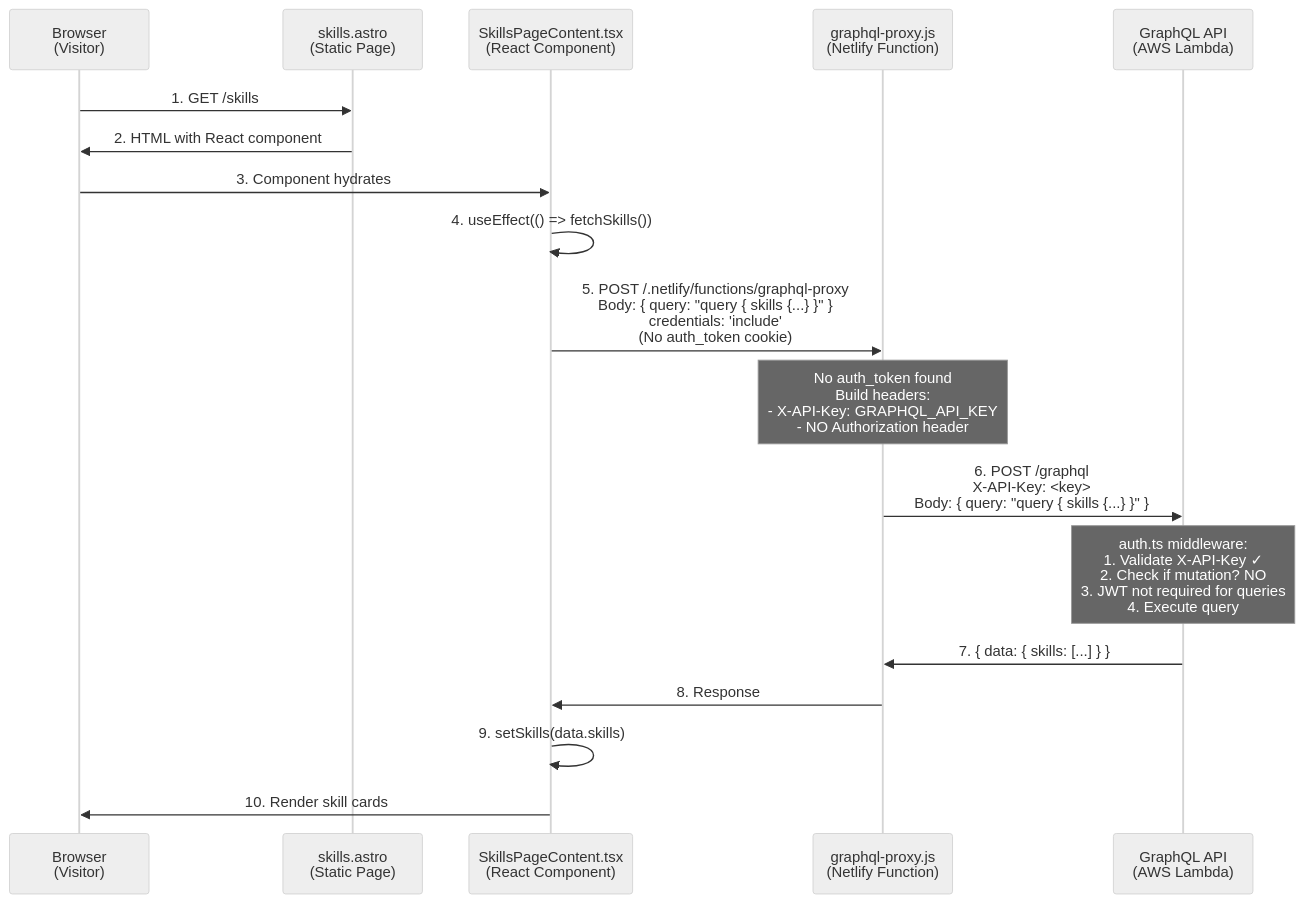
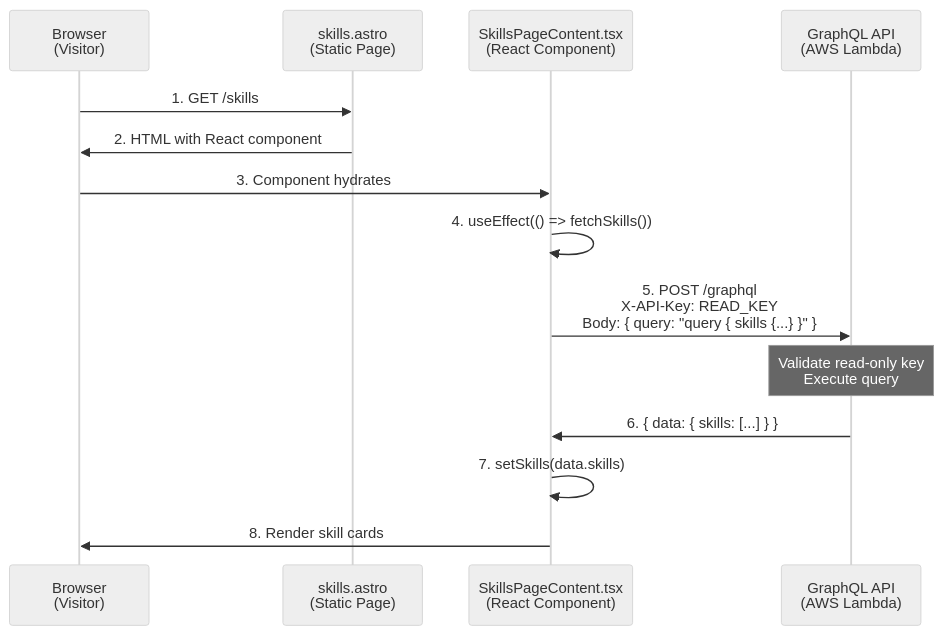
One commit to roadlittledawn/portfolio-site changed the second of 6 diagrams in docs/auth-flow-diagram.md. Above: the diagram before and after it, drawn with Mermaid (neutral theme). The commit also changed other lines of this file and 4 other files, not shown here.

Commit message:
Remove GraphQL proxy function and update documentation

````diff
--- a/docs/auth-flow-diagram.md
+++ b/docs/auth-flow-diagram.md
@@ -20,25 +28,19 @@
 ```mermaid
 sequenceDiagram
     participant Browser as Browser<br/>(Visitor)
     participant Astro as skills.astro<br/>(Static Page)
     participant React as SkillsPageContent.tsx<br/>(React Component)
-    participant Proxy as graphql-proxy.js<br/>(Netlify Function)
     participant API as GraphQL API<br/>(AWS Lambda)
     
     Browser->>Astro: 1. GET /skills
     Astro->>Browser: 2. HTML with React component
     Browser->>React: 3. Component hydrates
     React->>React: 4. useEffect(() => fetchSkills())
-    React->>Proxy: 5. POST /.netlify/functions/graphql-proxy<br/>Body: { query: "query { skills {...} }" }<br/>credentials: 'include'<br/>(No auth_token cookie)
+    React->>API: 5. POST /graphql<br/>X-API-Key: READ_KEY<br/>Body: { query: "query { skills {...} }" }
     
-    Note over Proxy: No auth_token found<br/>Build headers:<br/>- X-API-Key: GRAPHQL_API_KEY<br/>- NO Authorization header
+    Note over API: Validate read-only key<br/>Execute query
     
-    Proxy->>API: 6. POST /graphql<br/>X-API-Key: <key><br/>Body: { query: "query { skills {...} }" }
-    
-    Note over API: auth.ts middleware:<br/>1. Validate X-API-Key ✓<br/>2. Check if mutation? NO<br/>3. JWT not required for queries<br/>4. Execute query
-    
-    API->>Proxy: 7. { data: { skills: [...] } }
-    Proxy->>React: 8. Response
-    React->>React: 9. setSkills(data.skills)
-    React->>Browser: 10. Render skill cards
+    API->>React: 6. { data: { skills: [...] } }
+    React->>React: 7. setSkills(data.skills)
+    React->>Browser: 8. Render skill cards
 ```
````
